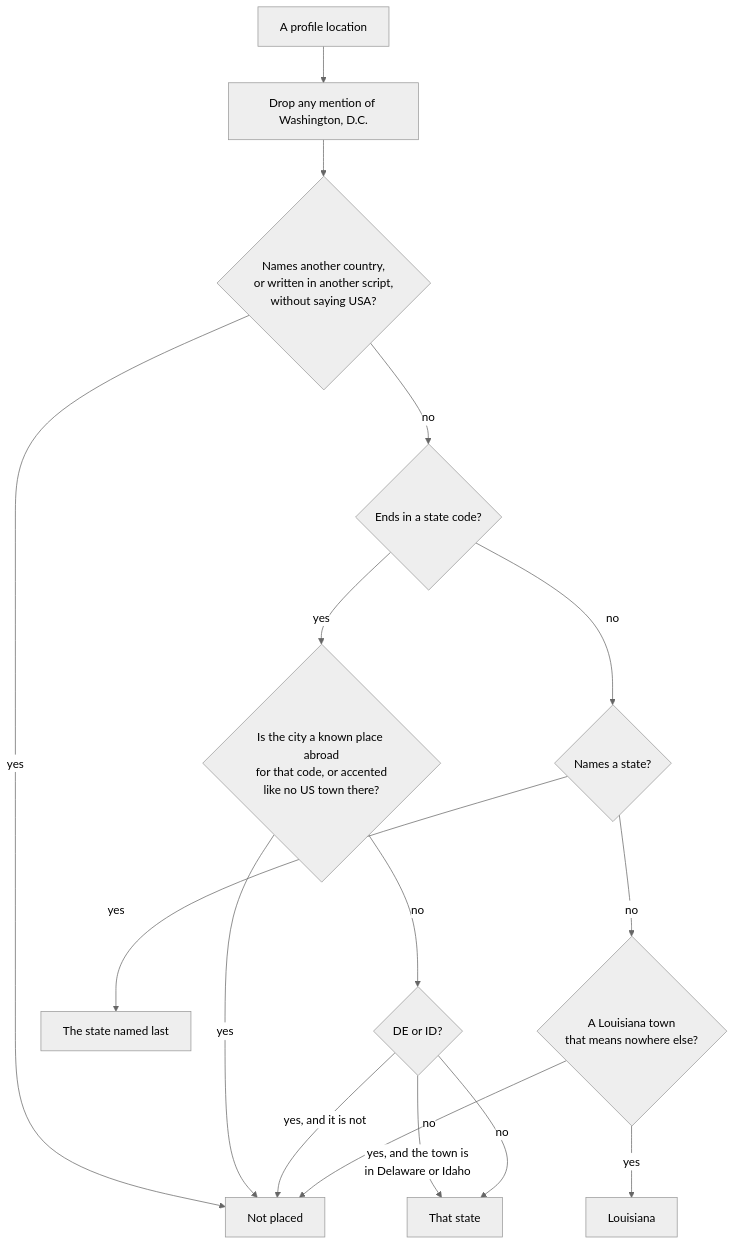
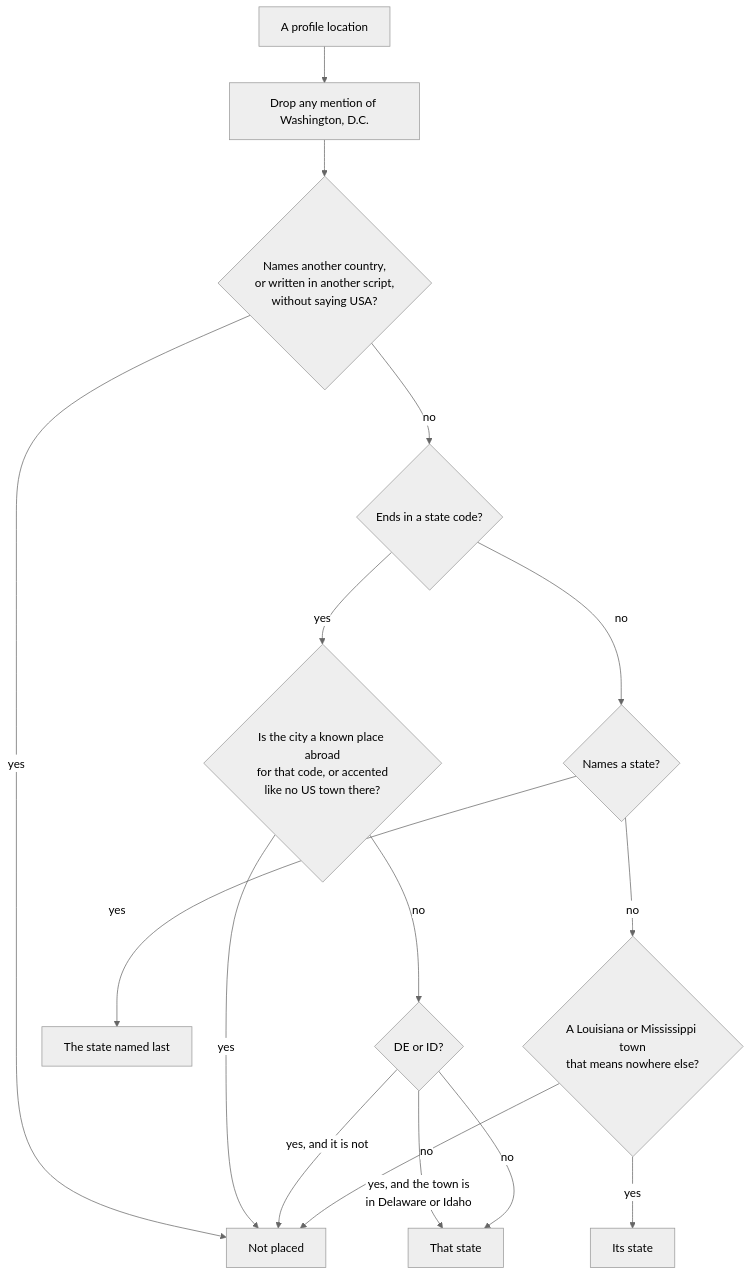
One commit to wbp318/github-leaderboard changed the diagram in docs/placement.md. Above: the diagram before and after it, drawn with Mermaid (neutral theme). The commit also changed other lines of this file and 12 other files, not shown here.

````diff
--- a/docs/placement.md
+++ b/docs/placement.md
@@ -35,18 +35,18 @@
 ```mermaid
 flowchart TD
     loc["A profile location"] --> dc["Drop any mention of Washington, D.C."]
     dc --> abroad{"Names another country,<br/>or written in another script,<br/>without saying USA?"}
     abroad -->|yes| none["Not placed"]
     abroad -->|no| code{"Ends in a state code?"}
     code -->|yes| guard{"Is the city a known place abroad<br/>for that code, or accented<br/>like no US town there?"}
     guard -->|yes| none
     guard -->|no| listed{"DE or ID?"}
     listed -->|"yes, and the town is<br/>in Delaware or Idaho"| st["That state"]
     listed -->|"yes, and it is not"| none
     listed -->|no| st
     code -->|no| name{"Names a state?"}
     name -->|yes| last["The state named last"]
-    name -->|no| town{"A Louisiana town<br/>that means nowhere else?"}
-    town -->|yes| la["Louisiana"]
+    name -->|no| town{"A Louisiana or Mississippi town<br/>that means nowhere else?"}
+    town -->|yes| la["Its state"]
     town -->|no| none
 ```
````
